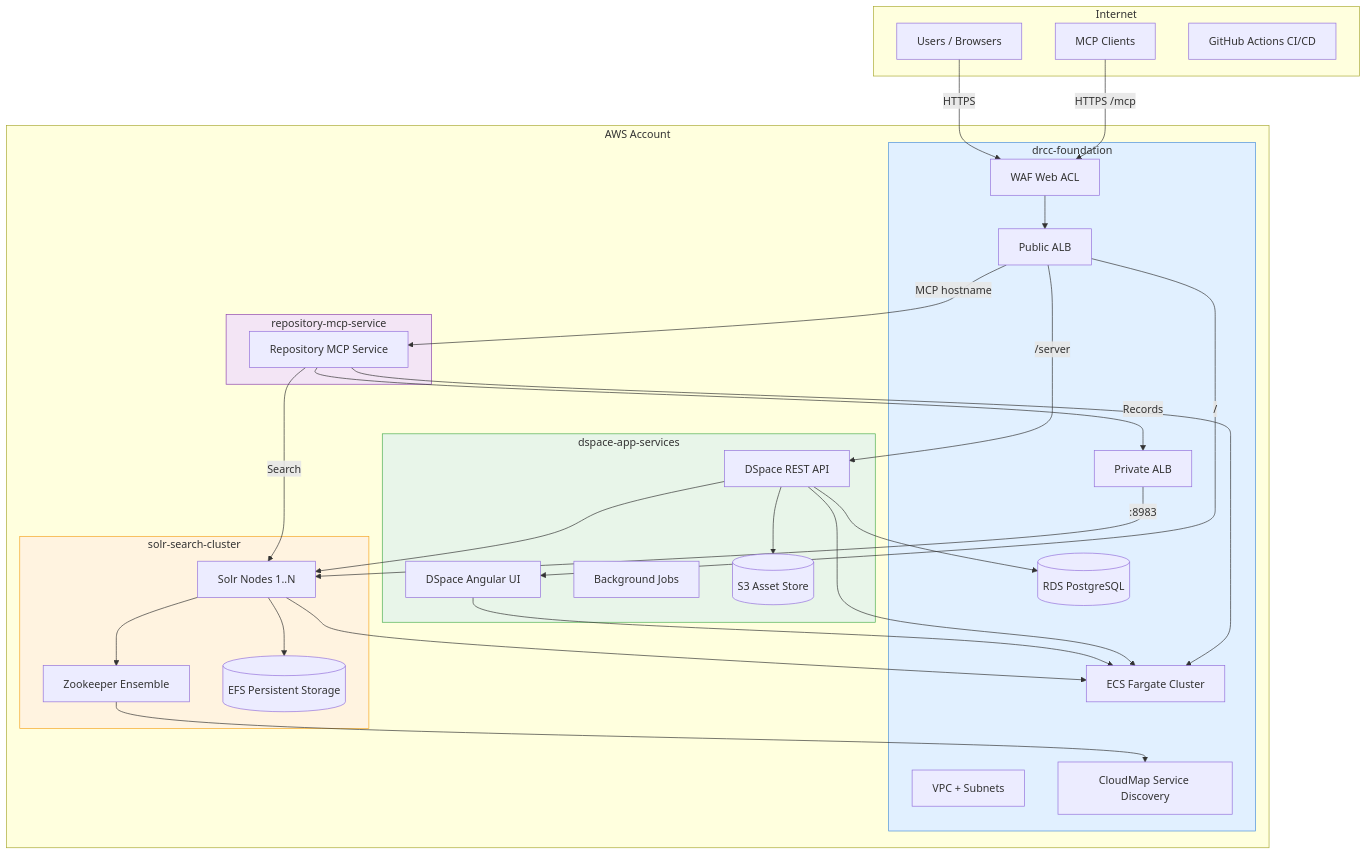
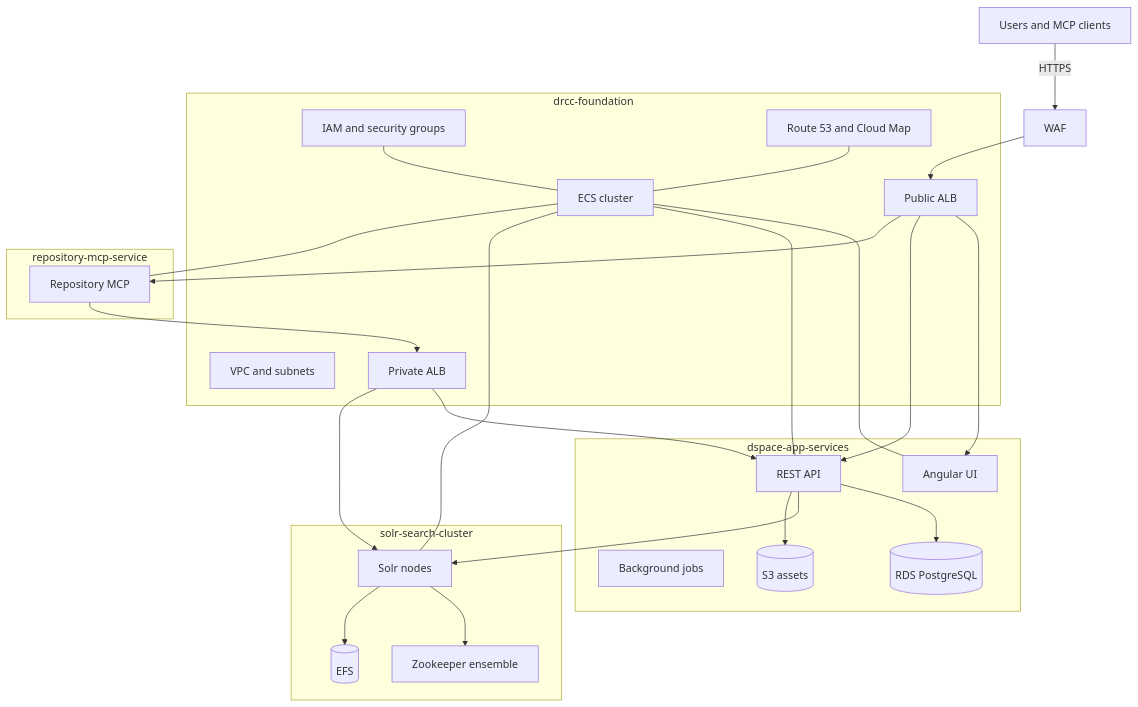
One commit to jhu-library-devops/terraform-aws-jhu-drcc changed the diagram in README.md. Above: the diagram before and after it, drawn with Mermaid. The commit also changed other lines of this file and 1 other file, not shown here.

First line of the commit message:
docs: add MIGRATION.md and update root README for public release

````diff
--- a/README.md
+++ b/README.md
@@ -17,61 +18,50 @@
 ```mermaid
 graph TB
-    subgraph Internet
-        Users[Users / Browsers]
-        MCPClients[MCP Clients]
-        GH[GitHub Actions CI/CD]
+    Users[Users and MCP clients] -->|HTTPS| WAF[WAF]
+    WAF --> PublicALB[Public ALB]
+
+    subgraph Foundation[drcc-foundation]
+        VPC[VPC and subnets]
+        ECS[ECS cluster]
+        PublicALB
+        PrivateALB[Private ALB]
+        IAM[IAM and security groups]
+        DNS[Route 53 and Cloud Map]
     end
 
-    subgraph AWS["AWS Account"]
-        subgraph Foundation["drcc-foundation"]
-            VPC[VPC + Subnets]
-            PubALB[Public ALB]
-            PrivALB[Private ALB]
-            ECS[ECS Fargate Cluster]
-            RDS[(RDS PostgreSQL)]
-            WAF[WAF Web ACL]
-            CloudMap[CloudMap Service Discovery]
-        end
-
-        subgraph Solr["solr-search-cluster"]
-            SolrNodes[Solr Nodes 1..N]
-            ZKNodes[Zookeeper Ensemble]
-            SolrEFS[(EFS Persistent Storage)]
-        end
-
-        subgraph DSpace["dspace-app-services"]
-            Angular[DSpace Angular UI]
-            API[DSpace REST API]
-            Jobs[Background Jobs]
-            S3[(S3 Asset Store)]
-        end
-
-        subgraph RepositoryMCP["repository-mcp-service"]
-            MCP[Repository MCP Service]
-        end
+    subgraph DSpace[dspace-app-services]
+        UI[Angular UI]
+        API[REST API]
+        Jobs[Background jobs]
+        RDS[(RDS PostgreSQL)]
+        Assets[(S3 assets)]
     end
 
-    Users -->|HTTPS| WAF --> PubALB
-    MCPClients -->|HTTPS /mcp| WAF
-    PubALB -->|/| Angular
-    PubALB -->|/server| API
-    PubALB -->|MCP hostname| MCP
-    PrivALB -->|:8983| SolrNodes
-    MCP -->|Search| SolrNodes
-    MCP -->|Records| PrivALB
+    subgraph Search[solr-search-cluster]
+        Solr[Solr nodes]
+        ZK[Zookeeper ensemble]
+        EFS[(EFS)]
+    end
+
+    subgraph MCPService[repository-mcp-service]
+        MCP[Repository MCP]
+    end
+
+    PublicALB --> UI
+    PublicALB --> API
+    PublicALB --> MCP
+    PrivateALB --> API
+    PrivateALB --> Solr
     API --> RDS
-    API --> SolrNodes
-    API --> S3
-    SolrNodes --> ZKNodes
-    SolrNodes --> SolrEFS
-    ZKNodes --> CloudMap
-    Angular --> ECS
-    API --> ECS
-    SolrNodes --> ECS
-    MCP --> ECS
-
-    style Foundation fill:#e1f0ff,stroke:#4a90d9
-    style Solr fill:#fff3e0,stroke:#f5a623
-    style DSpace fill:#e8f5e9,stroke:#4caf50
-    style RepositoryMCP fill:#f3e5f5,stroke:#8e44ad
+    API --> Solr
+    API --> Assets
+    Solr --> ZK
+    Solr --> EFS
+    MCP --> PrivateALB
+    ECS --- UI
+    ECS --- API
+    ECS --- Solr
+    ECS --- MCP
+    DNS --- ECS
+    IAM --- ECS
 ```
````
